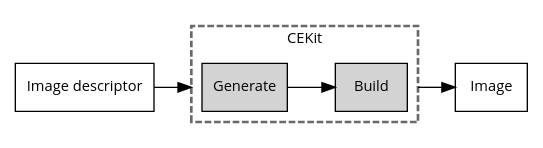
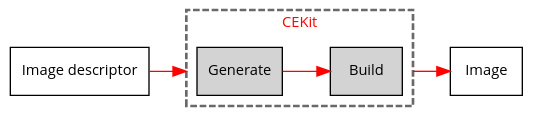
Before and after one commit to cekit/cekit: the first of 2 diagrams in docs/handbook/building/build-process.rst, drawn with Graphviz. The commit also changed other lines of this file and 3 other files, not shown here.

```diff
--- a/docs/handbook/building/build-process.rst
+++ b/docs/handbook/building/build-process.rst
@@ -13,28 +13,31 @@
 .. graphviz::
     :align: center
     :alt: CEKit simple build process diagram
 
     digraph build_proces_high_level {
+        bgcolor="transparent";
         rankdir="LR";
+        style="filled";
         graph [fontsize="11", fontname="Open Sans", compound="true"];
         node [shape="box", fontname="Open Sans", fontsize="11"];
 
-        descriptor [label="Image descriptor"];
-        image [label="Image"];
+        descriptor [label="Image descriptor", style="filled", fillcolor="white"];
+        image [label="Image", style="filled", fillcolor="white"];
 
         subgraph cluster_0 {
             style="dashed";
+            fontcolor="red";
             node [style="filled"];
             label = "CEKit";
             penwidth = "2";
             color="dimgrey";
 
             generate [label="Generate"];
             build [label="Build"];
         }
 
-        descriptor -> generate [lhead=cluster_0];
-        generate -> build;
-        build -> image [ltail=cluster_0];
+        descriptor -> generate [lhead=cluster_0, color="red"];
+        generate -> build [color="red"];
+        build -> image [ltail=cluster_0, color="red"];
 
     }
```
